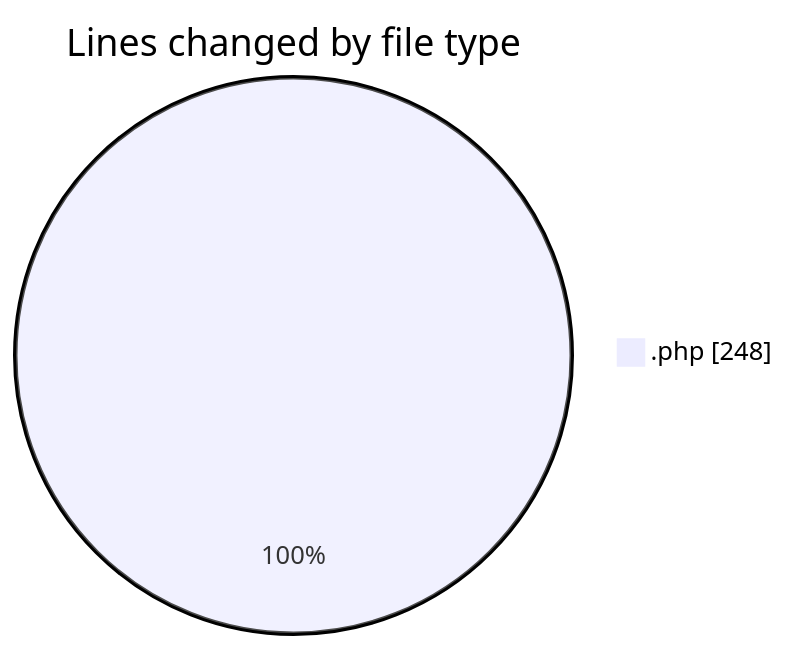
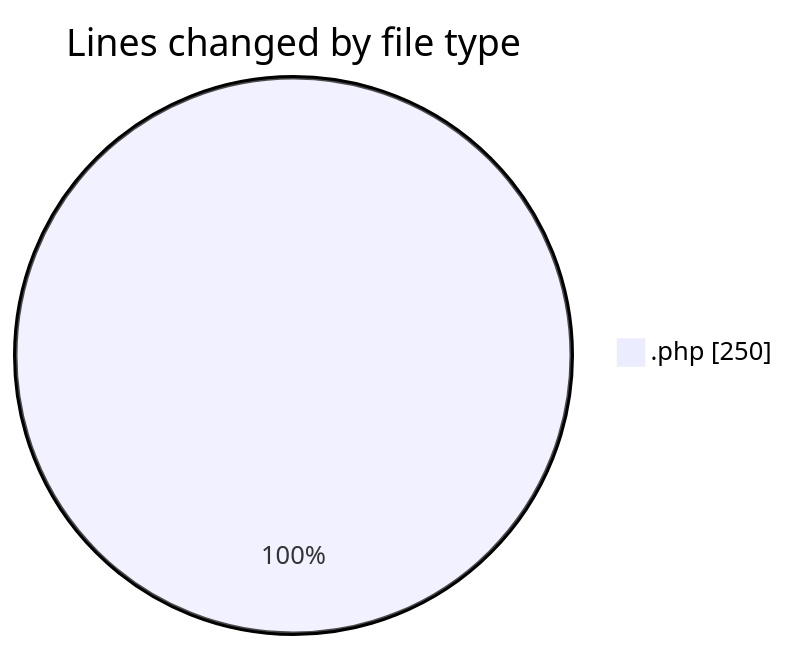
One commit to LanceThiago/code-tracking changed the first of 2 diagrams in 2026-08-31/web/README.md. Above: the diagram before and after it, drawn with Mermaid. The commit also changed other lines of this file and 1 other file, not shown here.

````diff
--- a/2026-08-31/web/README.md
+++ b/2026-08-31/web/README.md
@@ -22,5 +22,5 @@
 ```mermaid
 pie showData
 title Lines changed by file type
-".php" : 248
+".php" : 250
 ```
````
